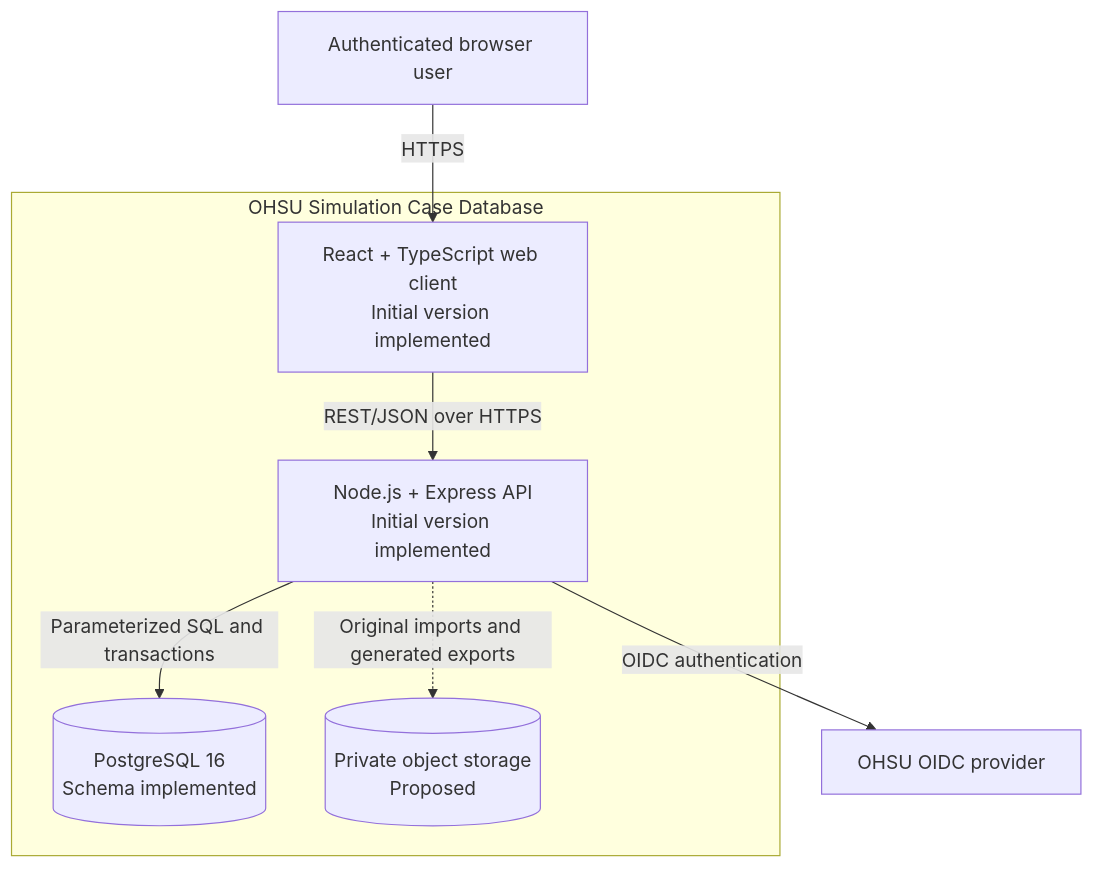
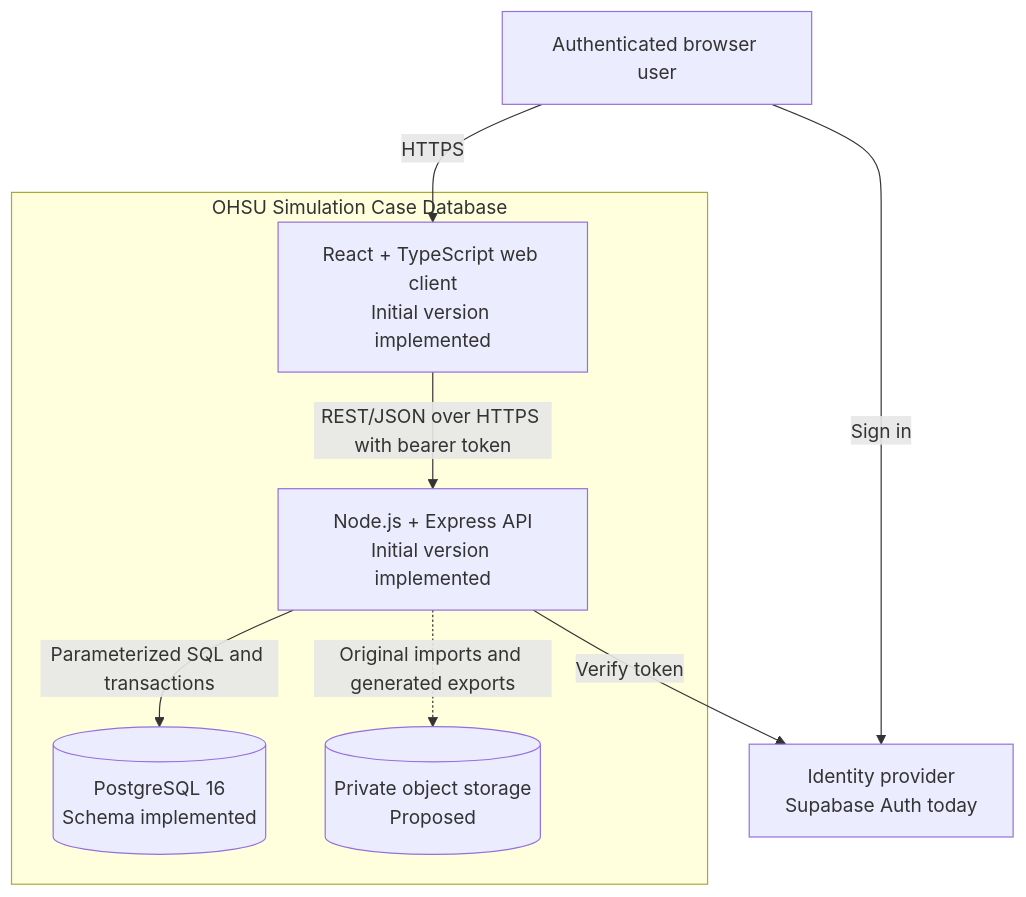
The second of 2 diagrams in docs/design.md (robekenn/OSU-Capstone-OHSU-Database), drawn with Mermaid before and after one commit. The commit also changed other lines of this file and 6 other files, not shown here.

````diff
--- a/docs/design.md
+++ b/docs/design.md
@@ -43,18 +45,19 @@
 ```mermaid
 flowchart TB
     user["Authenticated browser user"]
-    oidc["OHSU OIDC provider"]
+    idp["Identity provider\nSupabase Auth today"]
 
     subgraph system["OHSU Simulation Case Database"]
         web["React + TypeScript web client\nInitial version implemented"]
         api["Node.js + Express API\nInitial version implemented"]
         db[("PostgreSQL 16\nSchema implemented")]
         objects[("Private object storage\nProposed")]
     end
 
     user -->|HTTPS| web
-    web -->|REST/JSON over HTTPS| api
-    api -->|OIDC authentication| oidc
+    user -->|Sign in| idp
+    web -->|REST/JSON over HTTPS with bearer token| api
+    api -->|Verify token| idp
     api -->|Parameterized SQL and transactions| db
     api -.->|Original imports and generated exports| objects
 ```
````
